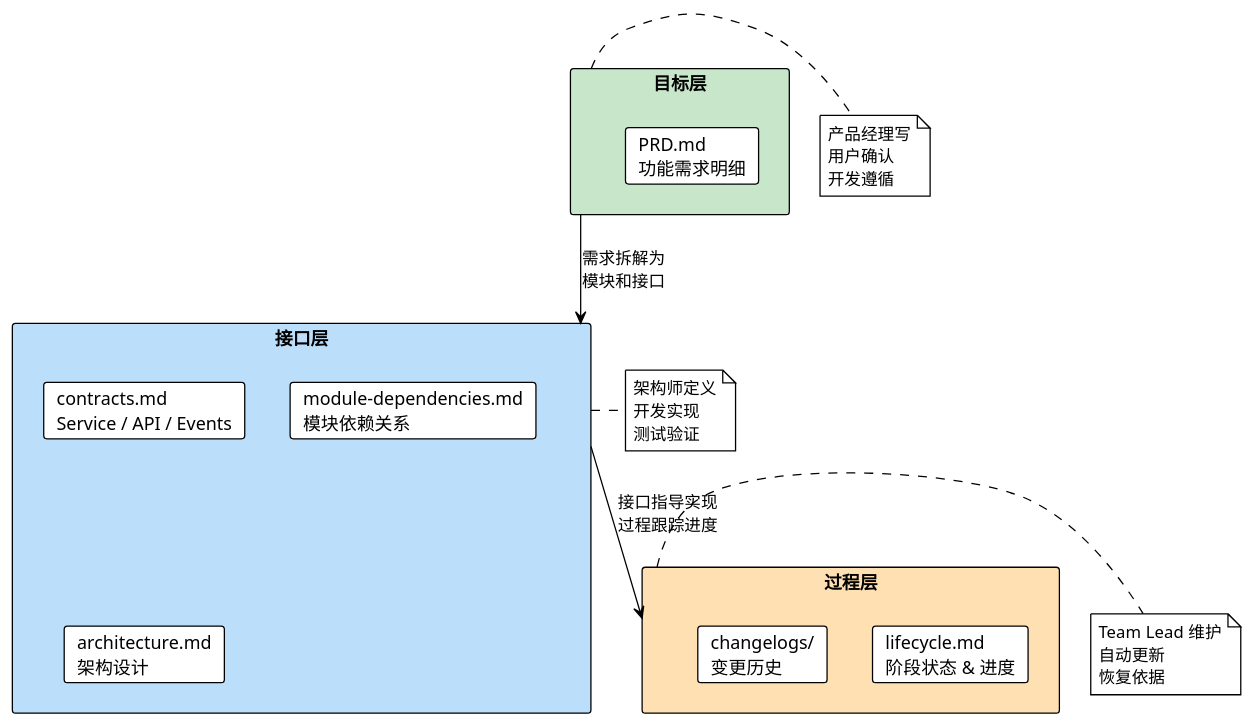
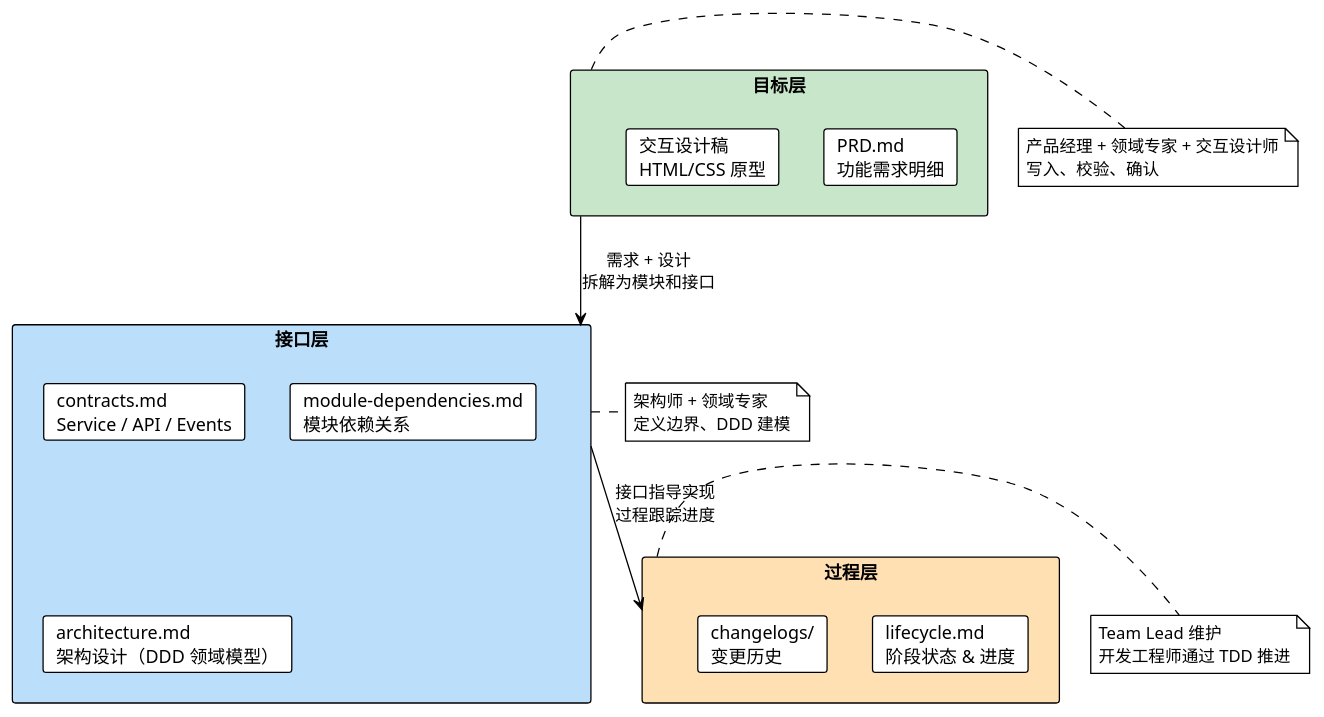
Before and after one commit to strommmm/storms-claude-configuration: diagram 13 of 13 in docs/design-philosophy.md, drawn with PlantUML. The commit also changed other lines of this file, not shown here.

First line of the commit message:
docs: 补充设计理念文档，融入 DDD、TDD 及全部 Agent 角色

````diff
--- a/docs/design-philosophy.md
+++ b/docs/design-philosophy.md
@@ -457,29 +782,30 @@
 ```plantuml
 @startuml
 !theme plain
 skinparam backgroundColor transparent
 
 rectangle "目标层" as goal #C8E6C9 {
   card "PRD.md\n功能需求明细" as prd
+  card "交互设计稿\nHTML/CSS 原型" as design
 }
 
 rectangle "接口层" as interface #BBDEFB {
   card "contracts.md\nService / API / Events" as contracts
   card "module-dependencies.md\n模块依赖关系" as deps
-  card "architecture.md\n架构设计" as arch
+  card "architecture.md\n架构设计（DDD 领域模型）" as arch
 }
 
 rectangle "过程层" as process #FFE0B2 {
   card "lifecycle.md\n阶段状态 & 进度" as lifecycle
   card "changelogs/\n变更历史" as changelog
 }
 
-goal -down-> interface : 需求拆解为\n模块和接口
+goal -down-> interface : 需求 + 设计\n拆解为模块和接口
 interface -down-> process : 接口指导实现\n过程跟踪进度
 
-note right of goal : 产品经理写\n用户确认\n开发遵循
-note right of interface : 架构师定义\n开发实现\n测试验证
-note right of process : Team Lead 维护\n自动更新\n恢复依据
+note right of goal : 产品经理 + 领域专家 + 交互设计师\n写入、校验、确认
+note right of interface : 架构师 + 领域专家\n定义边界、DDD 建模
+note right of process : Team Lead 维护\n开发工程师通过 TDD 推进
 
 @enduml
 ```
````
